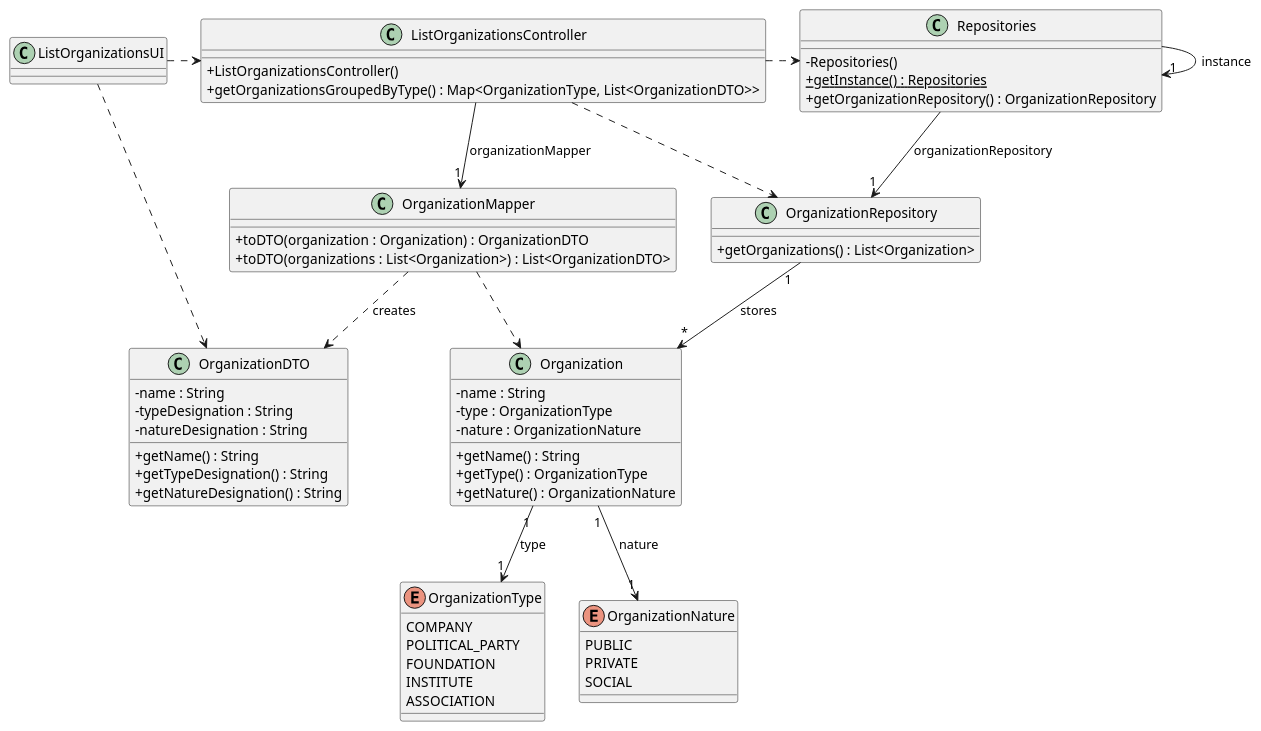
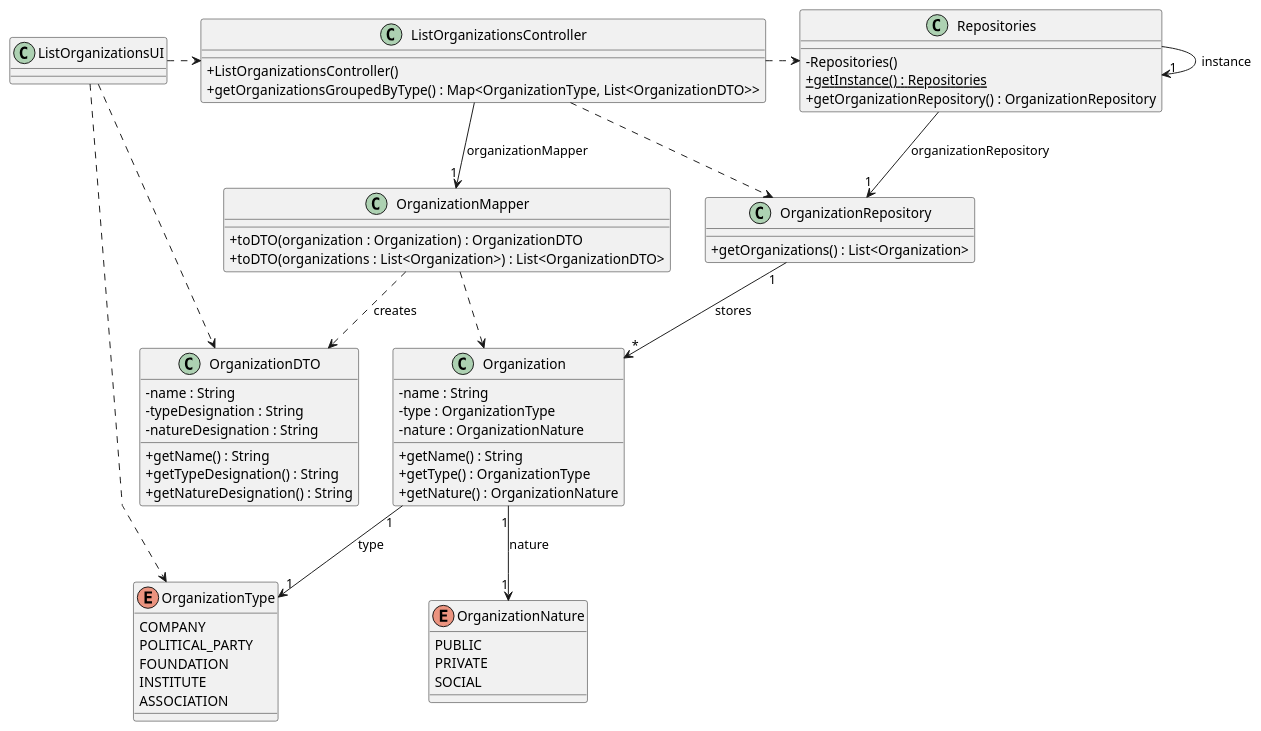
The diagram in docs/system-documentation/US03/03.design/puml/US03-CD.puml (brunodspinto/crystal-clear-platform), drawn with PlantUML before and after one commit. The commit also changed 5 other files, not shown here.

```diff
--- a/docs/system-documentation/US03/03.design/puml/US03-CD.puml
+++ b/docs/system-documentation/US03/03.design/puml/US03-CD.puml
@@ -1,75 +1,76 @@
 @startuml US03-CD
 skinparam packageStyle rectangle
 skinparam shadowing false
 skinparam linetype polyline
 skinparam classAttributeIconSize 0
 
 class ListOrganizationsUI {
 }
 
 class ListOrganizationsController {
     + ListOrganizationsController()
     + getOrganizationsGroupedByType() : Map<OrganizationType, List<OrganizationDTO>>
 }
 
 class OrganizationMapper {
     + toDTO(organization : Organization) : OrganizationDTO
     + toDTO(organizations : List<Organization>) : List<OrganizationDTO>
 }
 
 class OrganizationDTO {
     - name : String
     - typeDesignation : String
     - natureDesignation : String
     + getName() : String
     + getTypeDesignation() : String
     + getNatureDesignation() : String
 }
 
 class OrganizationRepository {
     + getOrganizations() : List<Organization>
 }
 
 class Repositories {
     - Repositories()
     + {static} getInstance() : Repositories
     + getOrganizationRepository() : OrganizationRepository
 }
 
 class Organization {
     - name : String
     - type : OrganizationType
     - nature : OrganizationNature
     + getName() : String
     + getType() : OrganizationType
     + getNature() : OrganizationNature
 }
 
 enum OrganizationType {
     COMPANY
     POLITICAL_PARTY
     FOUNDATION
     INSTITUTE
     ASSOCIATION
 }
 
 enum OrganizationNature {
     PUBLIC
     PRIVATE
     SOCIAL
 }
 
 ListOrganizationsUI .> ListOrganizationsController
 ListOrganizationsUI ..> OrganizationDTO
+ListOrganizationsUI ..> OrganizationType
 ListOrganizationsController --> "1" OrganizationMapper : organizationMapper
 OrganizationMapper ..> OrganizationDTO : creates
 OrganizationMapper ..> Organization
 ListOrganizationsController .> Repositories
 ListOrganizationsController ..> OrganizationRepository
 Repositories -> "1" Repositories : instance
 Repositories --> "1" OrganizationRepository : organizationRepository
 OrganizationRepository "1" --> "*" Organization : stores
 Organization "1" --> "1" OrganizationType : type
 Organization "1" --> "1" OrganizationNature : nature
 
 @enduml
```
